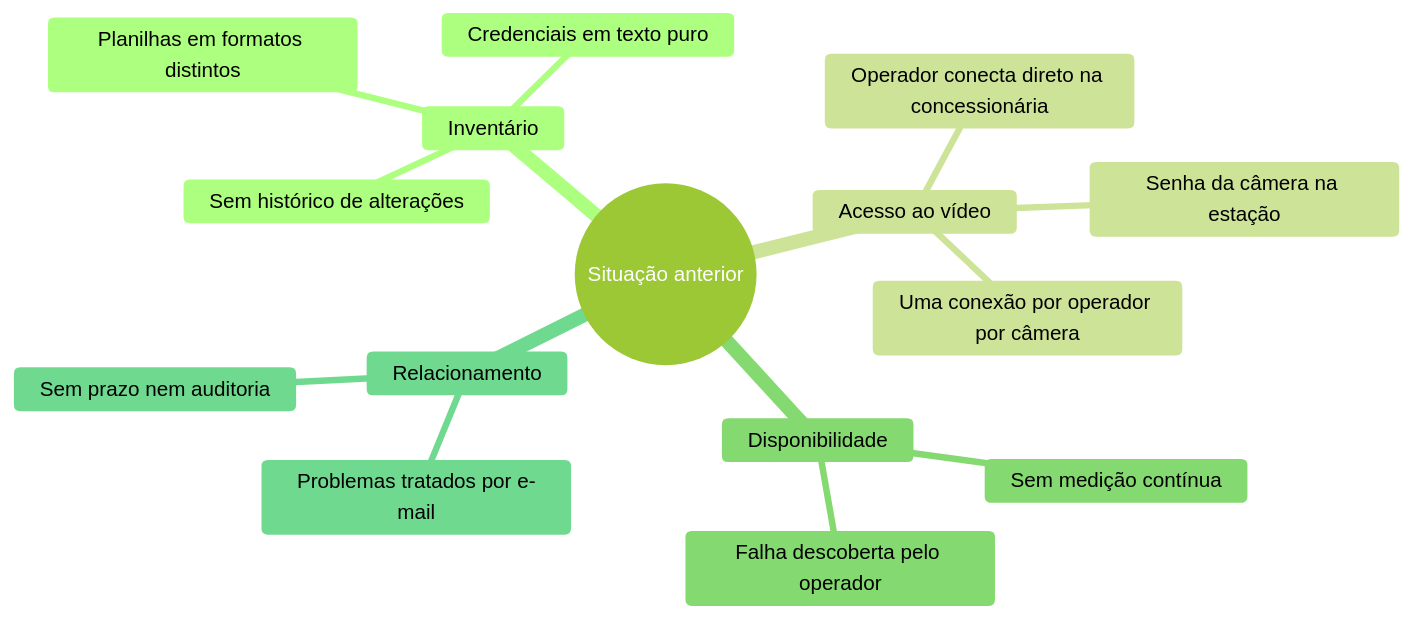
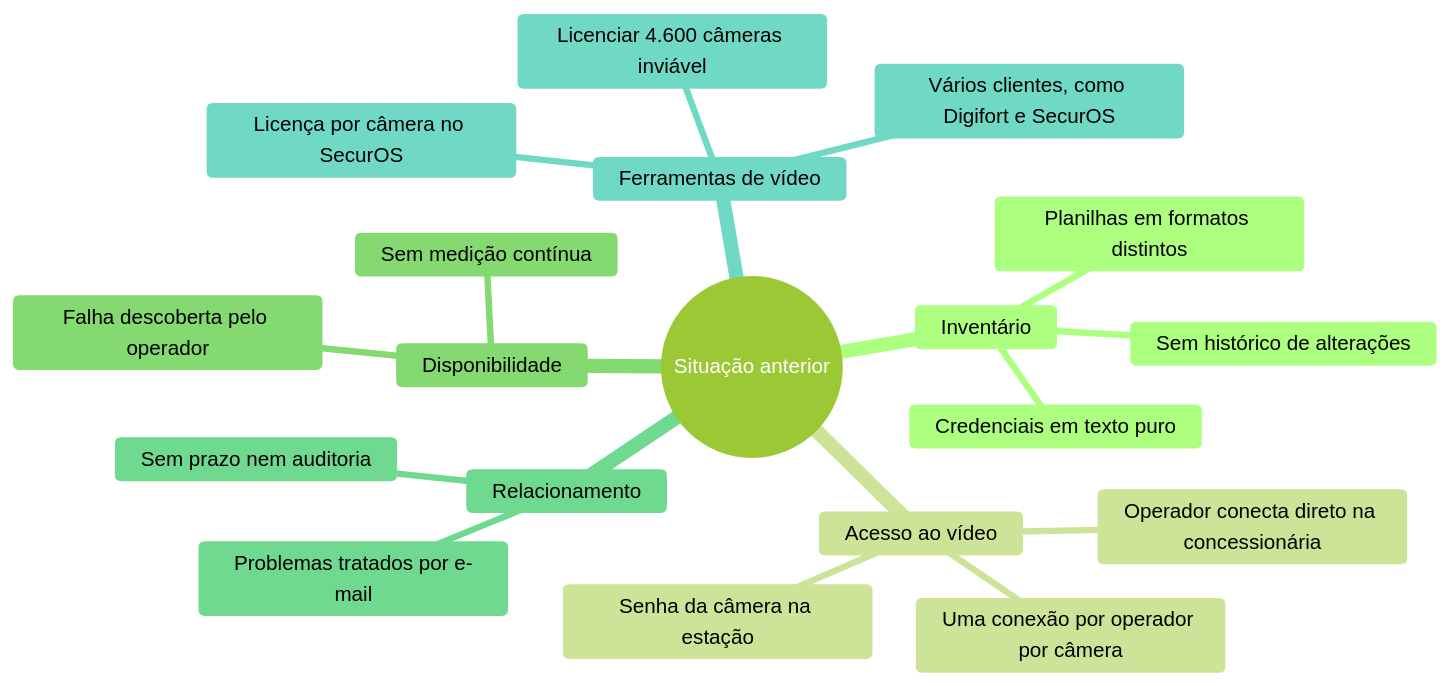
Before and after one commit to dorettoartesp/artesp-cftv-docs: the first of 17 diagrams in APRESENTACAO.md, drawn with Mermaid (forest theme). The commit also changed other lines of this file and 16 other files, not shown here.

First line of the commit message:
feat(deck): mind maps as columns of cards, plain-language notes, VMS licensing context

````diff
--- a/APRESENTACAO.md
+++ b/APRESENTACAO.md
@@ -47,18 +53,22 @@
 ```mermaid
 mindmap
   root((Situação anterior))
     Inventário
       Planilhas em formatos distintos
       Credenciais em texto puro
       Sem histórico de alterações
     Acesso ao vídeo
       Operador conecta direto na concessionária
       Senha da câmera na estação
       Uma conexão por operador por câmera
     Disponibilidade
       Sem medição contínua
       Falha descoberta pelo operador
     Relacionamento
       Problemas tratados por e-mail
       Sem prazo nem auditoria
+    Ferramentas de vídeo
+      Vários clientes, como Digifort e SecurOS
+      Licença por câmera no SecurOS
+      Licenciar 4.600 câmeras inviável
 ```
````
